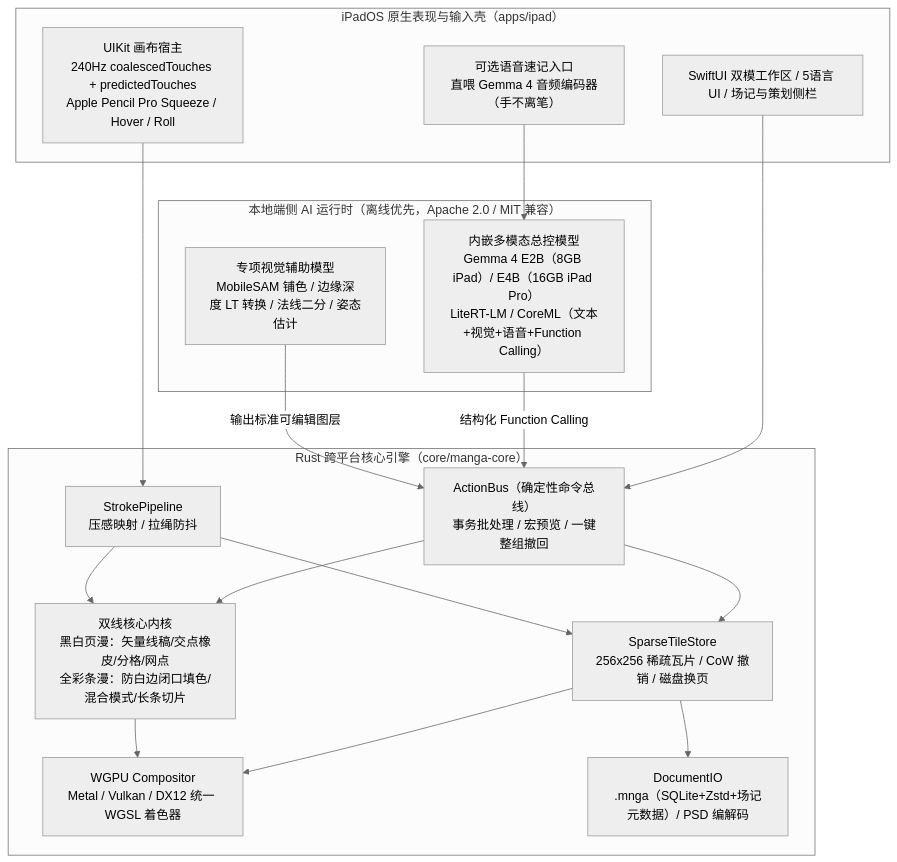
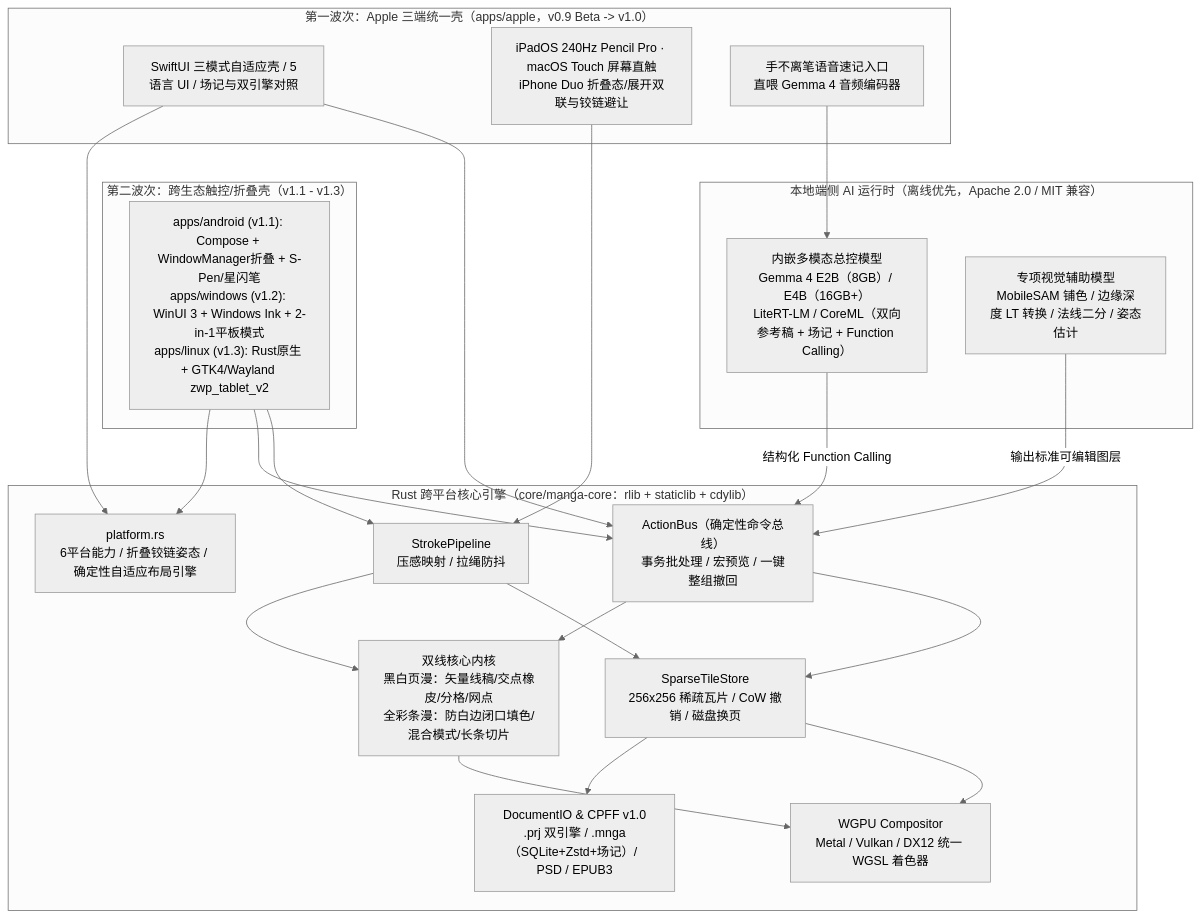
Before and after one commit to 70sDushuren/About-Paint-Tools: the diagram in docs/zh-CN/02-architecture-and-tech-stack.md, drawn with Mermaid (neutral theme). The commit also changed other lines of this file and 44 other files, not shown here.

Commit message:
feat: expand multi-platform touch & foldable roadmap and scaffold Apple/Android/Windows/Linux shells

````diff
--- a/docs/zh-CN/02-architecture-and-tech-stack.md
+++ b/docs/zh-CN/02-architecture-and-tech-stack.md
@@ -40,35 +40,44 @@
 ```mermaid
 flowchart TD
-    subgraph Shell["iPadOS 原生表现与输入壳（apps/ipad）"]
-        View["SwiftUI 双模工作区 / 5语言 UI / 场记与策划侧栏"]
-        Touch["UIKit 画布宿主<br/>240Hz coalescedTouches + predictedTouches<br/>Apple Pencil Pro Squeeze / Hover / Roll"]
-        Voice["可选语音速记入口<br/>直喂 Gemma 4 音频编码器（手不离笔）"]
+    subgraph Wave1["第一波次：Apple 三端统一壳（apps/apple，v0.9 Beta -> v1.0）"]
+        View["SwiftUI 三模式自适应壳 / 5语言 UI / 场记与双引擎对照"]
+        Touch["iPadOS 240Hz Pencil Pro · macOS Touch 屏幕直触<br/>iPhone Duo 折叠态/展开双联与铰链避让"]
+        Voice["手不离笔语音速记入口<br/>直喂 Gemma 4 音频编码器"]
     end
 
-    subgraph Engine["Rust 跨平台核心引擎（core/manga-core）"]
+    subgraph Wave2["第二波次：跨生态触控/折叠壳（v1.1 - v1.3）"]
+        Cross["apps/android (v1.1): Compose + WindowManager折叠 + S-Pen/星闪笔<br/>apps/windows (v1.2): WinUI 3 + Windows Ink + 2-in-1平板模式<br/>apps/linux (v1.3): Rust原生 + GTK4/Wayland zwp_tablet_v2"]
+    end
+
+    subgraph Engine["Rust 跨平台核心引擎（core/manga-core：rlib + staticlib + cdylib）"]
+        Platform["platform.rs<br/>6平台能力 / 折叠铰链姿态 / 确定性自适应布局引擎"]
         Bus["ActionBus（确定性命令总线）<br/>事务批处理 / 宏预览 / 一键整组撤回"]
         Stroke["StrokePipeline<br/>压感映射 / 拉绳防抖"]
         Tiles["SparseTileStore<br/>256x256 稀疏瓦片 / CoW 撤销 / 磁盘换页"]
         Manga["双线核心内核<br/>黑白页漫：矢量线稿/交点橡皮/分格/网点<br/>全彩条漫：防白边闭口填色/混合模式/长条切片"]
         GPU["WGPU Compositor<br/>Metal / Vulkan / DX12 统一 WGSL 着色器"]
-        Doc["DocumentIO<br/>.mnga（SQLite+Zstd+场记元数据）/ PSD 编解码"]
+        Doc["DocumentIO & CPFF v1.0<br/>.prj 双引擎 / .mnga（SQLite+Zstd+场记）/ PSD / EPUB3"]
     end
 
     subgraph LocalAI["本地端侧 AI 运行时（离线优先，Apache 2.0 / MIT 兼容）"]
-        Gemma["内嵌多模态总控模型<br/>Gemma 4 E2B（8GB iPad）/ E4B（16GB iPad Pro）<br/>LiteRT-LM / CoreML（文本+视觉+语音+Function Calling）"]
+        Gemma["内嵌多模态总控模型<br/>Gemma 4 E2B（8GB）/ E4B（16GB+）<br/>LiteRT-LM / CoreML（双向参考稿 + 场记 + Function Calling）"]
         Vision["专项视觉辅助模型<br/>MobileSAM 铺色 / 边缘深度 LT 转换 / 法线二分 / 姿态估计"]
     end
 
     Touch --> Stroke
     View --> Bus
+    View --> Platform
+    Cross --> Stroke
+    Cross --> Bus
+    Cross --> Platform
     Voice --> Gemma
     Gemma -- "结构化 Function Calling" --> Bus
     Vision -- "输出标准可编辑图层" --> Bus
     Bus --> Tiles
     Bus --> Manga
     Stroke --> Tiles
     Stroke --> Manga
     Tiles --> GPU
     Manga --> GPU
     Tiles --> Doc
 ```
````
